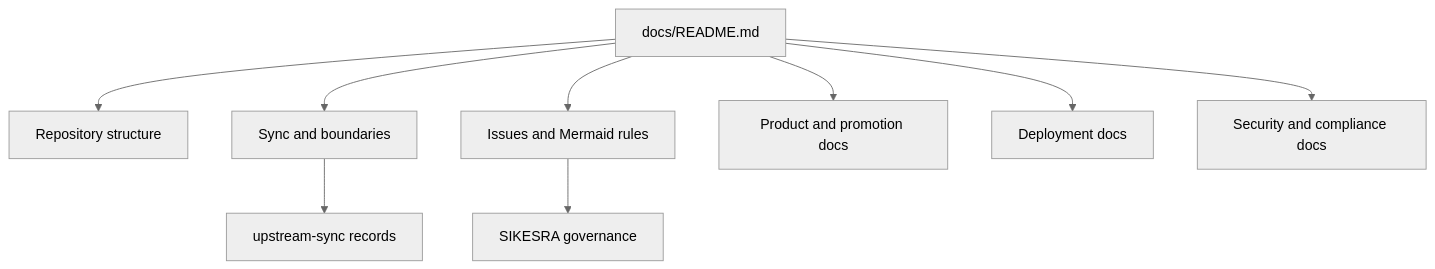
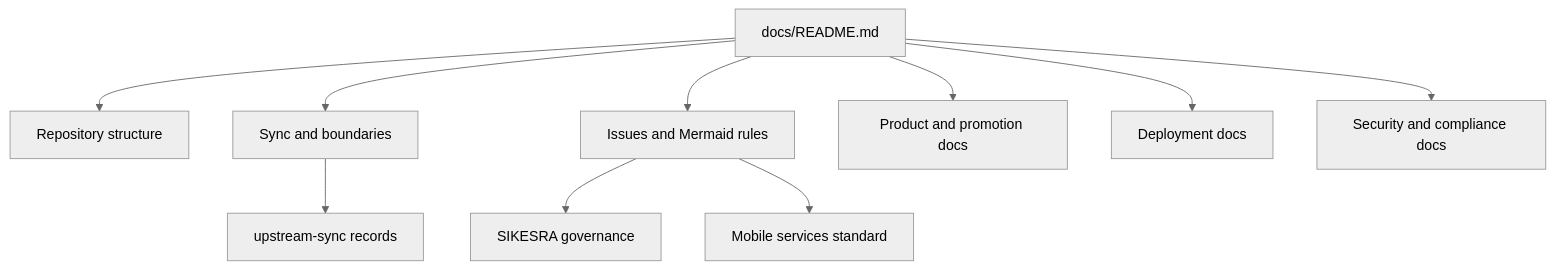
The diagram in docs/README.md (ahliweb/awcms-micro), drawn with Mermaid (neutral theme) before and after one commit. The commit also changed other lines of this file and 5 other files, not shown here.

Commit message:
feat: add mobile services plugin standard and update documentation index

````diff
--- a/docs/README.md
+++ b/docs/README.md
@@ -5,11 +5,12 @@
 ```mermaid
 flowchart TD
   Index[docs/README.md] --> Structure[Repository structure]
   Index --> Sync[Sync and boundaries]
   Index --> Governance[Issues and Mermaid rules]
   Index --> Product[Product and promotion docs]
   Index --> Deploy[Deployment docs]
   Index --> Security[Security and compliance docs]
   Sync --> Upstream[upstream-sync records]
   Governance --> Sikesra[SIKESRA governance]
+  Governance --> Mobile[Mobile services standard]
 ```
````
